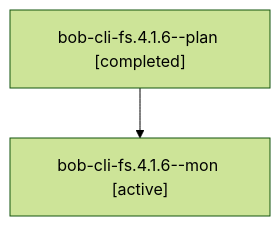
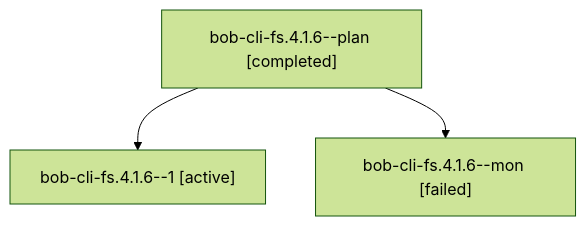
One commit to bobs-org/bob-cli--agents changed the diagram in sessions/bbugyi200.athena.bob-cli-fs.4.1.6.md. Above: the diagram before and after it, drawn with Mermaid (forest theme). The commit also changed other lines of this file and 102 other files, not shown here.

````diff
--- a/sessions/bbugyi200.athena.bob-cli-fs.4.1.6.md
+++ b/sessions/bbugyi200.athena.bob-cli-fs.4.1.6.md
@@ -9,6 +9,8 @@
 ```mermaid
 flowchart TD
   n0["bob-cli-fs.4.1.6--plan [completed]"]
-  n1["bob-cli-fs.4.1.6--mon [active]"]
+  n1["bob-cli-fs.4.1.6--1 [active]"]
   n0 --> n1
+  n2["bob-cli-fs.4.1.6--mon [failed]"]
+  n0 --> n2
 ```
````
